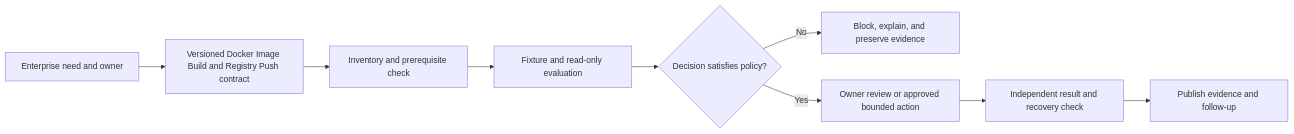
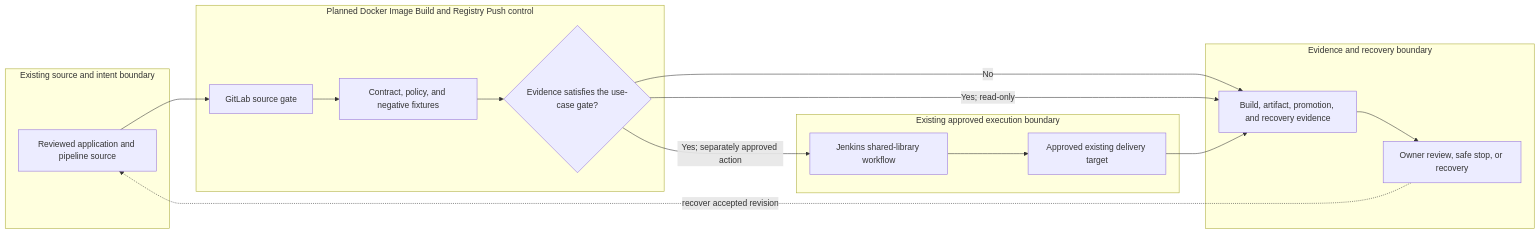
One commit to MIDHTECH/enterprise-architecture-docs changed the diagram in docs/use-cases/devsecops/UC-CICD-006-docker-image-build-and-registry-push.md. Above: the diagram before and after it, drawn with Mermaid. The commit also changed other lines of this file and 227 other files, not shown here.

Commit message:
Deepen architecture for all use case designs

````diff
--- a/docs/use-cases/devsecops/UC-CICD-006-docker-image-build-and-registry-push.md
+++ b/docs/use-cases/devsecops/UC-CICD-006-docker-image-build-and-registry-push.md
@@ -136,11 +129,25 @@
 ```mermaid
 flowchart LR
-    Need["Enterprise need and owner"] --> Contract["Versioned Docker Image Build and Registry Push contract"]
-    Contract --> Preflight["Inventory and prerequisite check"]
-    Preflight --> Evaluate["Fixture and read-only evaluation"]
-    Evaluate --> Decision{"Decision satisfies policy?"}
-    Decision -->|No| Stop["Block, explain, and preserve evidence"]
-    Decision -->|Yes| Review["Owner review or approved bounded action"]
-    Review --> Verify["Independent result and recovery check"]
-    Verify --> Publish["Publish evidence and follow-up"]
+    subgraph Source["Existing source and intent boundary"]
+        A["Reviewed application and pipeline source"]
+    end
+    subgraph Planned["Planned Docker Image Build and Registry Push control"]
+        B["GitLab source gate"]
+        C["Contract, policy, and negative fixtures"]
+        D{"Evidence satisfies the use-case gate?"}
+    end
+    subgraph Runtime["Existing approved execution boundary"]
+        E["Jenkins shared-library workflow"]
+        F["Approved existing delivery target"]
+    end
+    subgraph Assurance["Evidence and recovery boundary"]
+        G["Build, artifact, promotion, and recovery evidence"]
+        H["Owner review, safe stop, or recovery"]
+    end
+
+    A --> B --> C --> D
+    D -->|No| G --> H
+    D -->|Yes; read-only| G
+    D -->|Yes; separately approved action| E --> F --> G
+    H -. recover accepted revision .-> A
 ```
````
